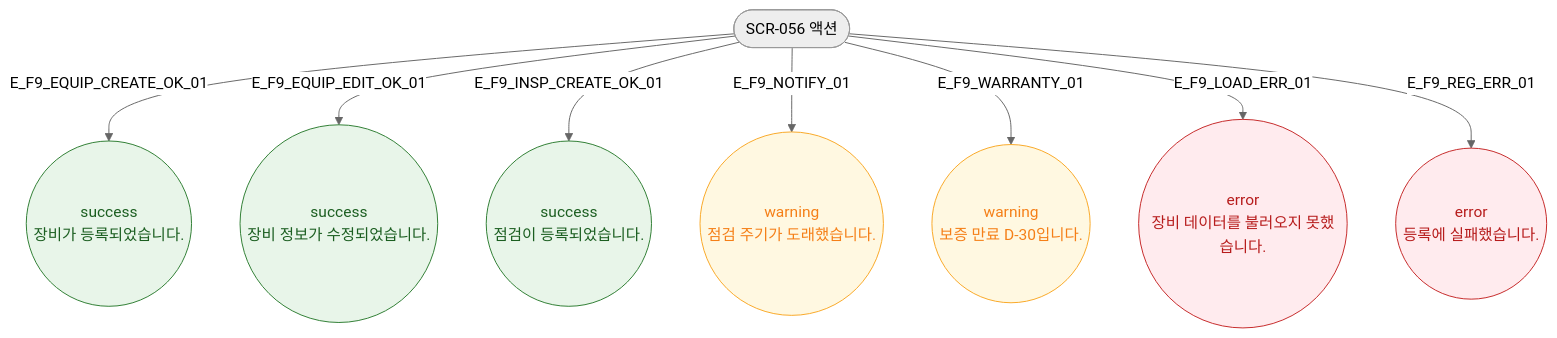
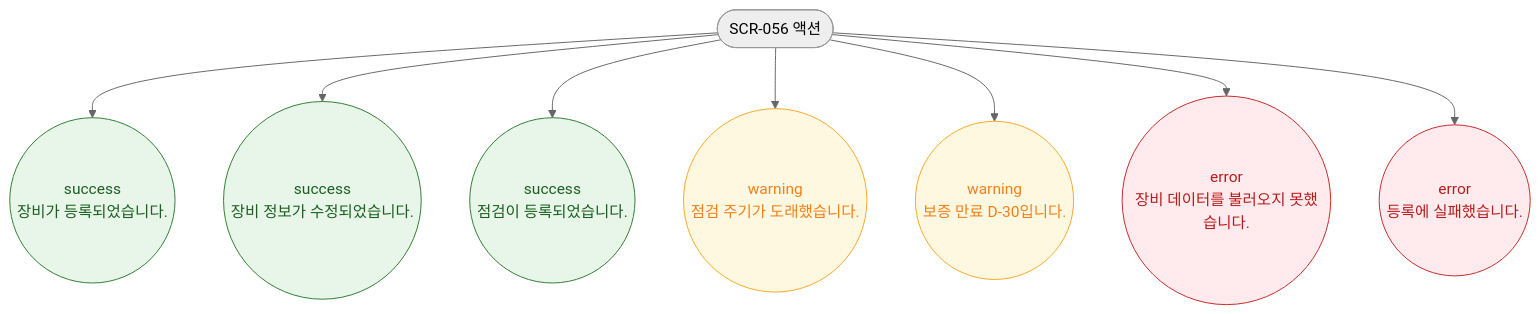
The diagram in docs/다이어그램/D06_시설관리/SCR-056_장비점검일정/F9_토스트.md (dev-spogym/admin-pando), drawn with Mermaid (neutral theme) before and after one commit. The commit also changed other lines of this file and 1660 other files, not shown here.

First line of the commit message:
다이어그램: 기획자/클라이언트 납품본으로 정리

````diff
--- a/docs/다이어그램/D06_시설관리/SCR-056_장비점검일정/F9_토스트.md
+++ b/docs/다이어그램/D06_시설관리/SCR-056_장비점검일정/F9_토스트.md
@@ -16,19 +14,19 @@
 ```mermaid
 flowchart TD
     TRIGGER([SCR-056 액션])
 
-    TRIGGER -->|E_F9_EQUIP_CREATE_OK_01| T_CREATE((success\n장비가 등록되었습니다.))
-    TRIGGER -->|E_F9_EQUIP_EDIT_OK_01| T_EDIT((success\n장비 정보가 수정되었습니다.))
-    TRIGGER -->|E_F9_INSP_CREATE_OK_01| T_INSP((success\n점검이 등록되었습니다.))
-    TRIGGER -->|E_F9_NOTIFY_01| T_NOTIFY((warning\n점검 주기가 도래했습니다.))
-    TRIGGER -->|E_F9_WARRANTY_01| T_WARRANTY((warning\n보증 만료 D-30입니다.))
-    TRIGGER -->|E_F9_LOAD_ERR_01| T_LOAD_ERR((error\n장비 데이터를 불러오지 못했습니다.))
-    TRIGGER -->|E_F9_REG_ERR_01| T_REG_ERR((error\n등록에 실패했습니다.))
+    TRIGGER --> T_CREATE((success\n장비가 등록되었습니다.))
+    TRIGGER --> T_EDIT((success\n장비 정보가 수정되었습니다.))
+    TRIGGER --> T_INSP((success\n점검이 등록되었습니다.))
+    TRIGGER --> T_NOTIFY((warning\n점검 주기가 도래했습니다.))
+    TRIGGER --> T_WARRANTY((warning\n보증 만료 D-30입니다.))
+    TRIGGER --> T_LOAD_ERR((error\n장비 데이터를 불러오지 못했습니다.))
+    TRIGGER --> T_REG_ERR((error\n등록에 실패했습니다.))
 
     classDef success fill:#E8F5E9,stroke:#2E7D32,color:#1B5E20
     classDef warning fill:#FFF8E1,stroke:#F9A825,color:#F57F17
     classDef error fill:#FFEBEE,stroke:#C62828,color:#B71C1C
     class T_CREATE,T_EDIT,T_INSP success
     class T_NOTIFY,T_WARRANTY warning
     class T_LOAD_ERR,T_REG_ERR error
 ```
````
